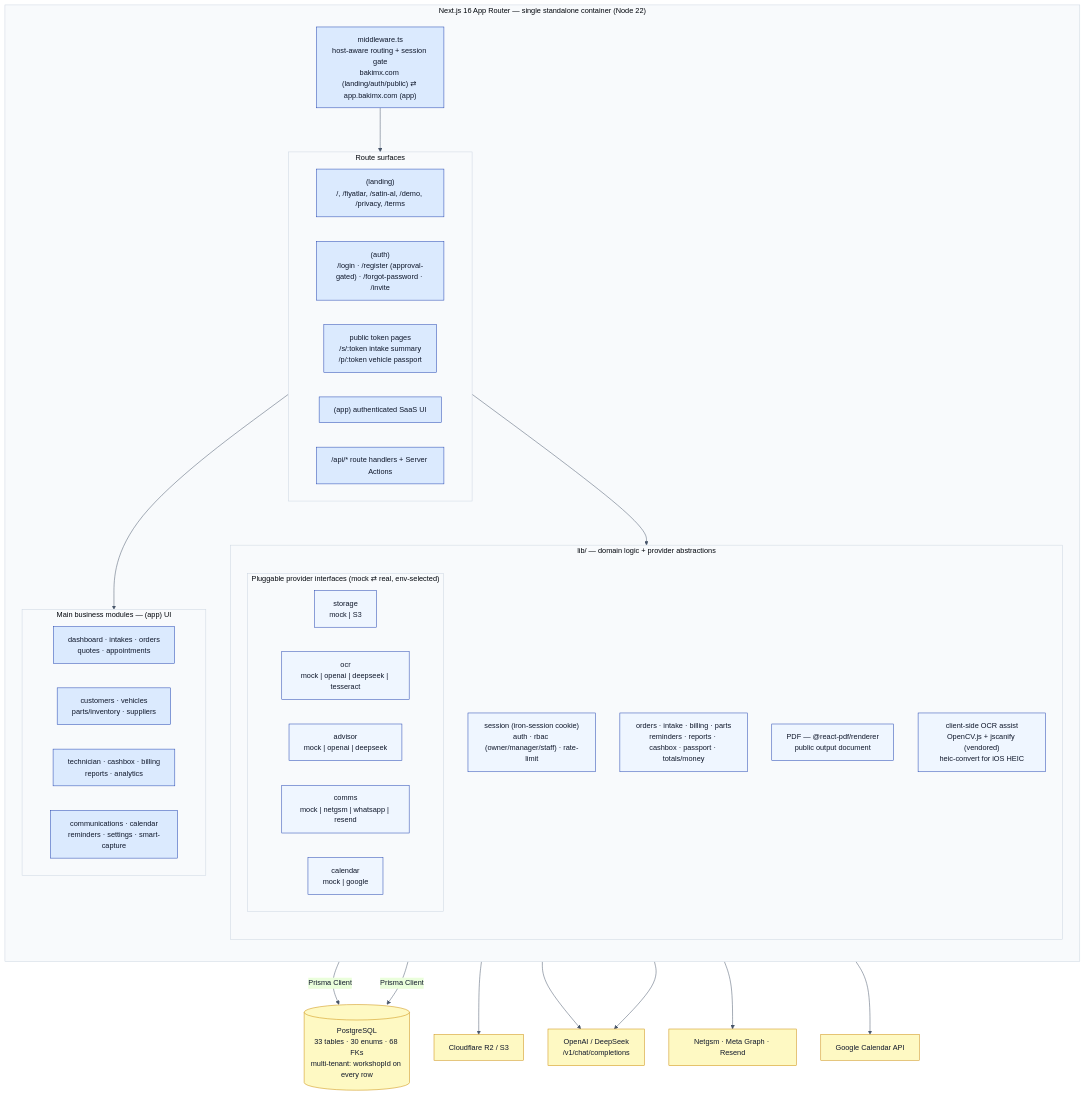
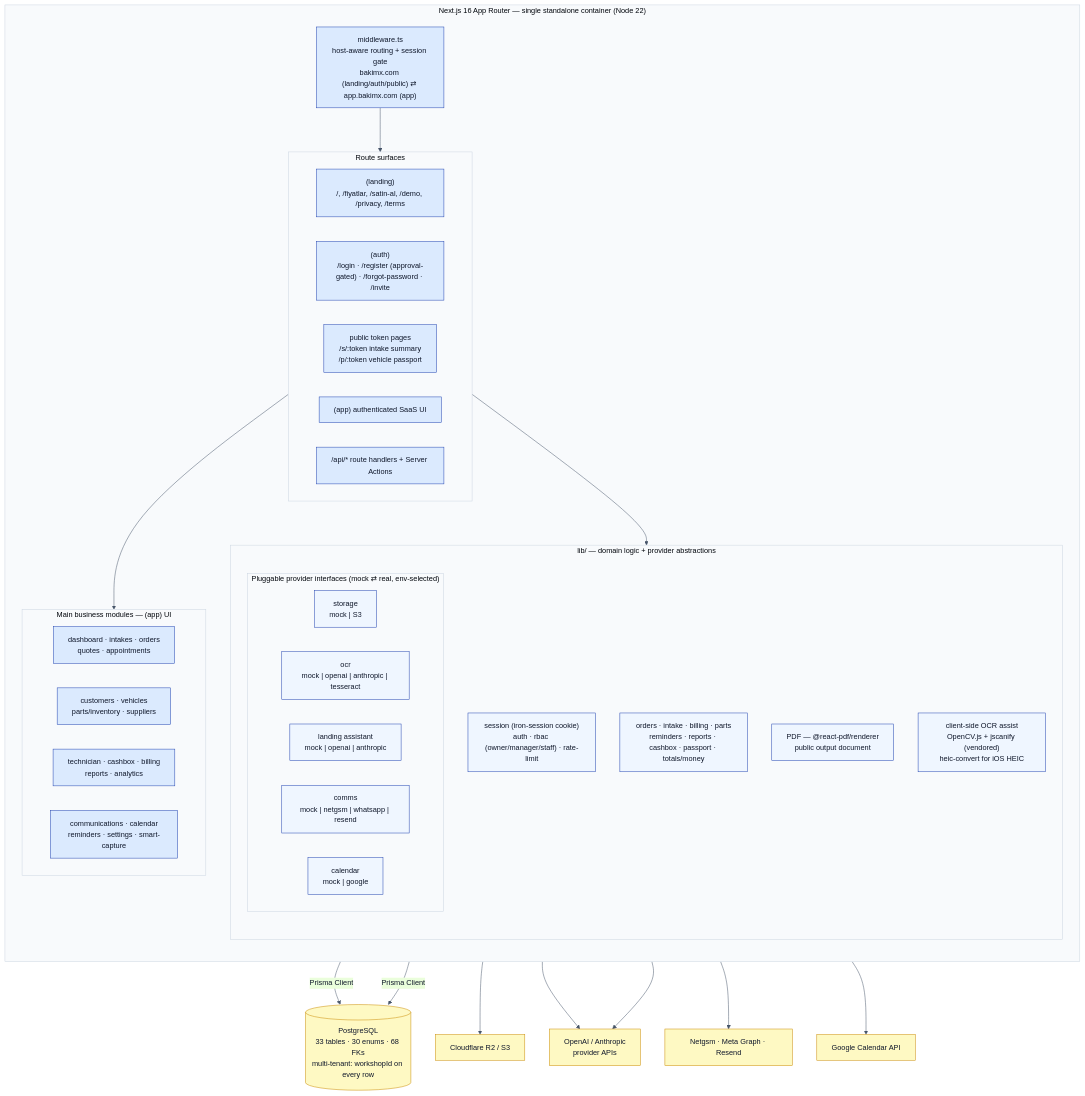
Before and after one commit to aokcuoglu/bakimx: the diagram in docs/architecture/bakimx-modules.mmd, drawn with Mermaid. The commit also changed 104 other files, not shown here.

```diff
--- a/docs/architecture/bakimx-modules.mmd
+++ b/docs/architecture/bakimx-modules.mmd
@@ -1,63 +1,63 @@
 %%{init: {"theme":"base","themeVariables":{"fontSize":"15px","fontFamily":"Inter, Segoe UI, sans-serif","primaryColor":"#dbeafe","primaryTextColor":"#0f172a","primaryBorderColor":"#1e40af","lineColor":"#475569","clusterBkg":"#f8fafc","clusterBorder":"#cbd5e1"}, "flowchart":{"curve":"basis","nodeSpacing":50,"rankSpacing":65}}}%%
 flowchart TB
     subgraph next["Next.js 16 App Router — single standalone container (Node 22)"]
         direction TB
         mw["middleware.ts<br/>host-aware routing + session gate<br/>bakimx.com (landing/auth/public) ⇄ app.bakimx.com (app)"]
 
         subgraph routes["Route surfaces"]
             direction LR
             landing["(landing)<br/>/, /fiyatlar, /satin-al, /demo, /privacy, /terms"]
             authr["(auth)<br/>/login · /register (approval-gated) · /forgot-password · /invite"]
             pub["public token pages<br/>/s/:token intake summary<br/>/p/:token vehicle passport"]
             appui["(app) authenticated SaaS UI"]
             api["/api/* route handlers + Server Actions"]
         end
 
         subgraph modules["Main business modules — (app) UI"]
             direction LR
             m1["dashboard · intakes · orders<br/>quotes · appointments"]
             m2["customers · vehicles<br/>parts/inventory · suppliers"]
             m3["technician · cashbox · billing<br/>reports · analytics"]
             m4["communications · calendar<br/>reminders · settings · smart-capture"]
         end
 
         subgraph lib["lib/ — domain logic + provider abstractions"]
             direction TB
             sec["session (iron-session cookie)<br/>auth · rbac (owner/manager/staff) · rate-limit"]
             dom["orders · intake · billing · parts<br/>reminders · reports · cashbox · passport · totals/money"]
 
             subgraph prov["Pluggable provider interfaces (mock ⇄ real, env-selected)"]
                 direction LR
                 storeP["storage<br/>mock | S3"]
-                ocrP["ocr<br/>mock | openai | deepseek | tesseract"]
-                aiP["advisor<br/>mock | openai | deepseek"]
+                ocrP["ocr<br/>mock | openai | anthropic | tesseract"]
+                aiP["landing assistant<br/>mock | openai | anthropic"]
                 commP["comms<br/>mock | netgsm | whatsapp | resend"]
                 calP["calendar<br/>mock | google"]
             end
             pdfP["PDF — @react-pdf/renderer<br/>public output document"]
             cvP["client-side OCR assist<br/>OpenCV.js + jscanify (vendored)<br/>heic-convert for iOS HEIC"]
         end
 
         mw --> routes
         appui --> modules
         routes --> lib
     end
 
     db[("PostgreSQL<br/>33 tables · 30 enums · 68 FKs<br/>multi-tenant: workshopId on every row")]
     r2["Cloudflare R2 / S3"]
-    aiapi["OpenAI / DeepSeek<br/>/v1/chat/completions"]
+    aiapi["OpenAI / Anthropic<br/>provider APIs"]
     commsvc["Netgsm · Meta Graph · Resend"]
     gcalapi["Google Calendar API"]
 
     dom -->|"Prisma Client"| db
     sec -->|"Prisma Client"| db
     storeP --> r2
     ocrP --> aiapi
     aiP --> aiapi
     commP --> commsvc
     calP --> gcalapi
 
     classDef libBox fill:#eff6ff,stroke:#1e40af,color:#0f172a;
     classDef extBox fill:#fef9c3,stroke:#ca8a04,color:#0f172a;
     class sec,dom,storeP,ocrP,aiP,commP,calP,pdfP,cvP libBox;
     class db,r2,aiapi,commsvc,gcalapi extBox;
```
